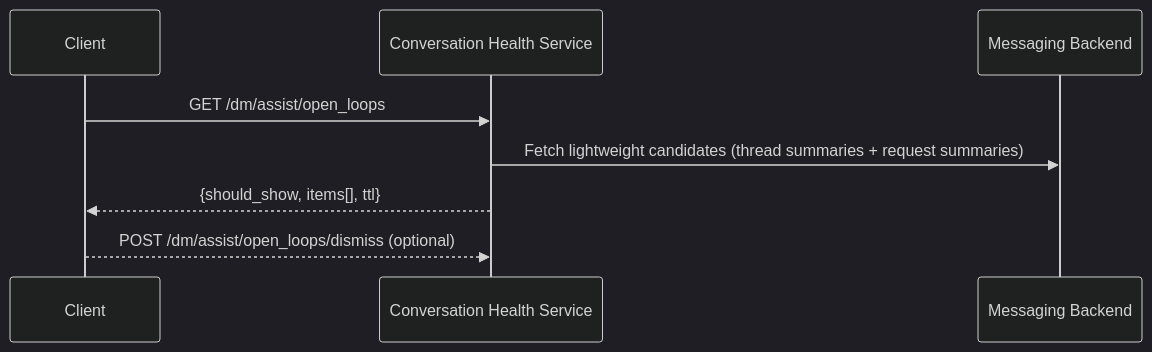
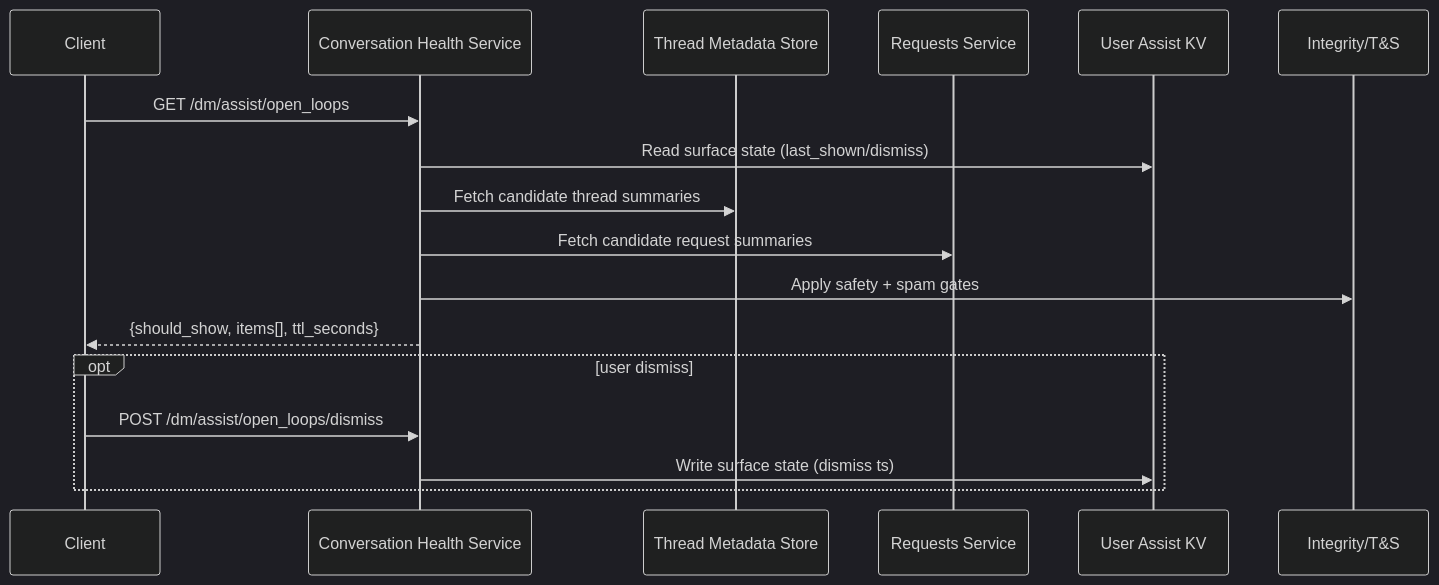
Before and after one commit to 004mayank/product-systems-explained: the third of 6 diagrams in instagram-dms-conversation-health-architecture.md, drawn with Mermaid (dark theme). The commit also changed other lines of this file, not shown here.

Commit message:
Update conversation health architecture to V3 (diagrams + hardened flows)

````diff
--- a/instagram-dms-conversation-health-architecture.md
+++ b/instagram-dms-conversation-health-architecture.md
@@ -205,10 +123,20 @@
 ```mermaid
 sequenceDiagram
   participant C as Client
   participant CHS as Conversation Health Service
-  participant M as Messaging Backend
+  participant META as Thread Metadata Store
+  participant R as Requests Service
+  participant KV as User Assist KV
+  participant INT as Integrity/T&S
+
   C->>CHS: GET /dm/assist/open_loops
-  CHS->>M: Fetch lightweight candidates (thread summaries + request summaries)
-  CHS-->>C: {should_show, items[], ttl}
-  C-->>CHS: POST /dm/assist/open_loops/dismiss (optional)
+  CHS->>KV: Read surface state (last_shown/dismiss)
+  CHS->>META: Fetch candidate thread summaries
+  CHS->>R: Fetch candidate request summaries
+  CHS->>INT: Apply safety + spam gates
+  CHS-->>C: {should_show, items[], ttl_seconds}
+  opt user dismiss
+    C->>CHS: POST /dm/assist/open_loops/dismiss
+    CHS->>KV: Write surface state (dismiss ts)
+  end
 ```
````
